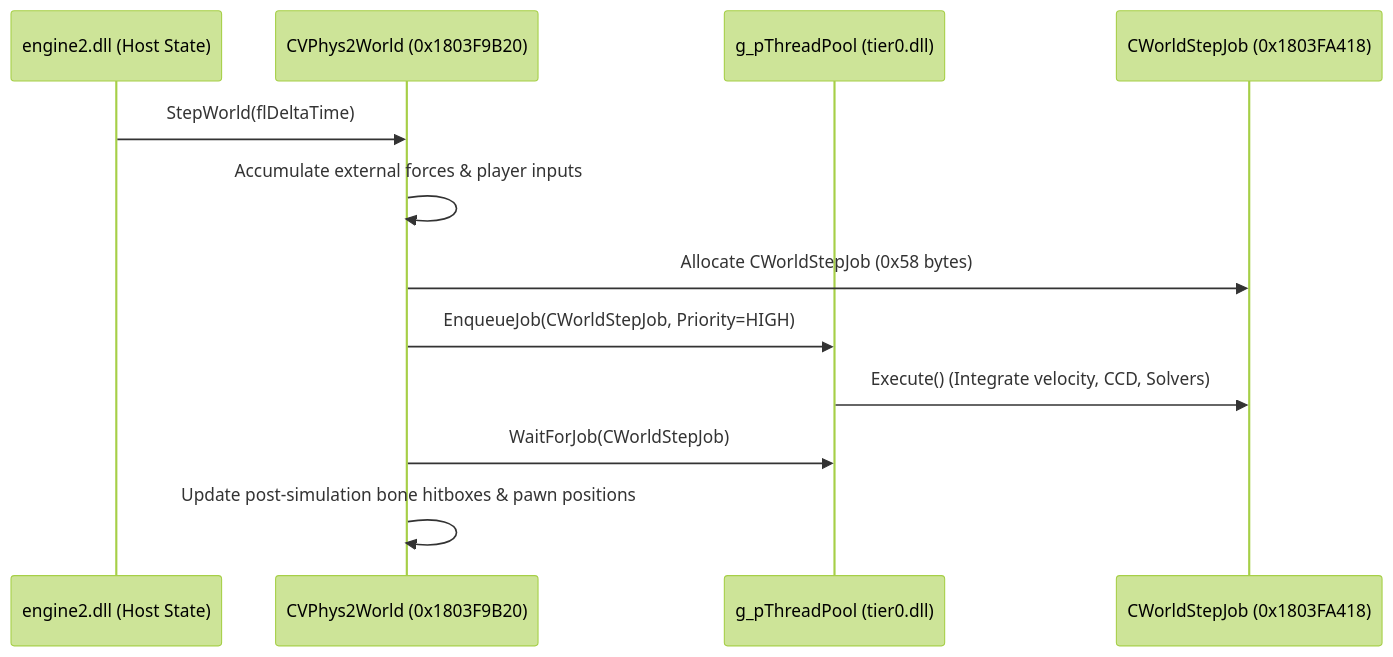
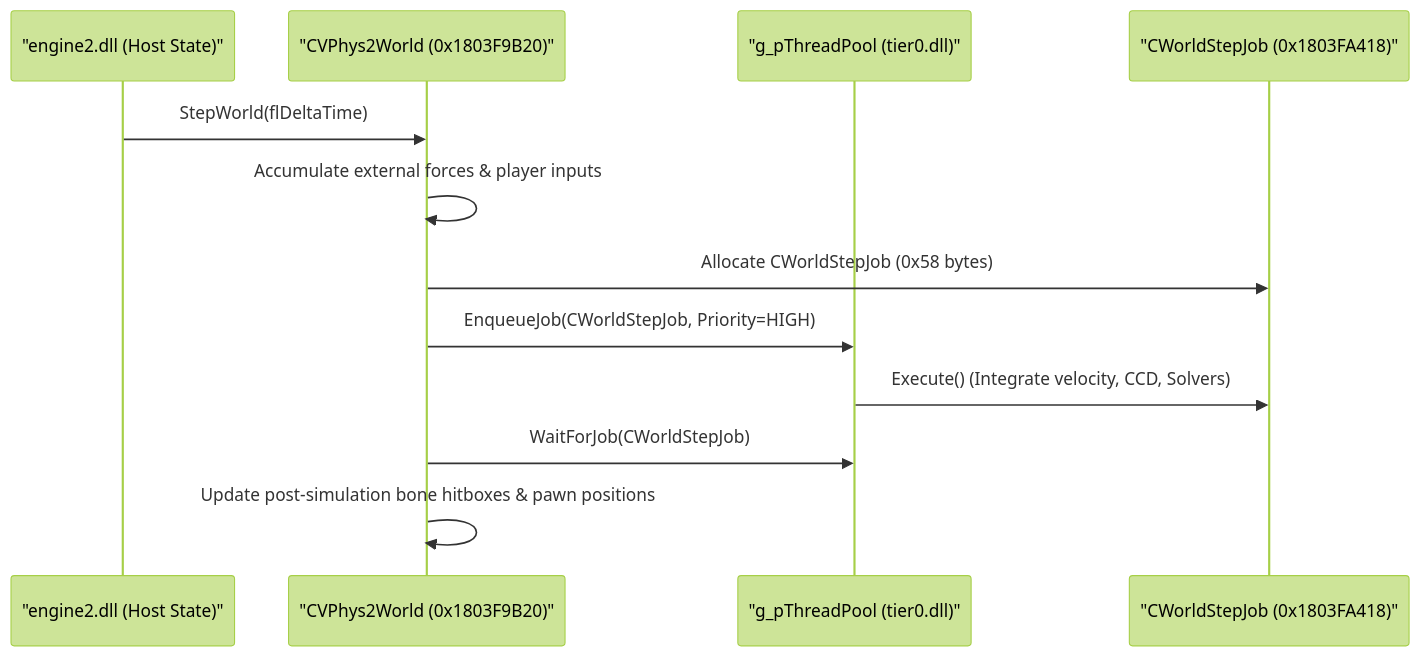
Before and after one commit to Hanzkii/cs2-reverse: the third of 3 diagrams in docs/10_vphysics2_rubikon_collision_engine.md, drawn with Mermaid (forest theme). The commit also changed 17 other files, not shown here.

Commit message:
fix(docs): quote Mermaid sequence diagram participant labels across all documentation

````diff
--- a/docs/10_vphysics2_rubikon_collision_engine.md
+++ b/docs/10_vphysics2_rubikon_collision_engine.md
@@ -272,15 +272,15 @@
 ```mermaid
 sequenceDiagram
-    participant Engine as engine2.dll (Host State)
-    participant World as CVPhys2World (0x1803F9B20)
-    participant ThreadPool as g_pThreadPool (tier0.dll)
-    participant Job as CWorldStepJob (0x1803FA418)
+    participant Engine as "engine2.dll (Host State)"
+    participant World as "CVPhys2World (0x1803F9B20)"
+    participant ThreadPool as "g_pThreadPool (tier0.dll)"
+    participant Job as "CWorldStepJob (0x1803FA418)"
 
     Engine->>World: StepWorld(flDeltaTime)
     World->>World: Accumulate external forces & player inputs
     World->>Job: Allocate CWorldStepJob (0x58 bytes)
     World->>ThreadPool: EnqueueJob(CWorldStepJob, Priority=HIGH)
     ThreadPool->>Job: Execute() (Integrate velocity, CCD, Solvers)
     World->>ThreadPool: WaitForJob(CWorldStepJob)
     World->>World: Update post-simulation bone hitboxes & pawn positions
 ```
````
